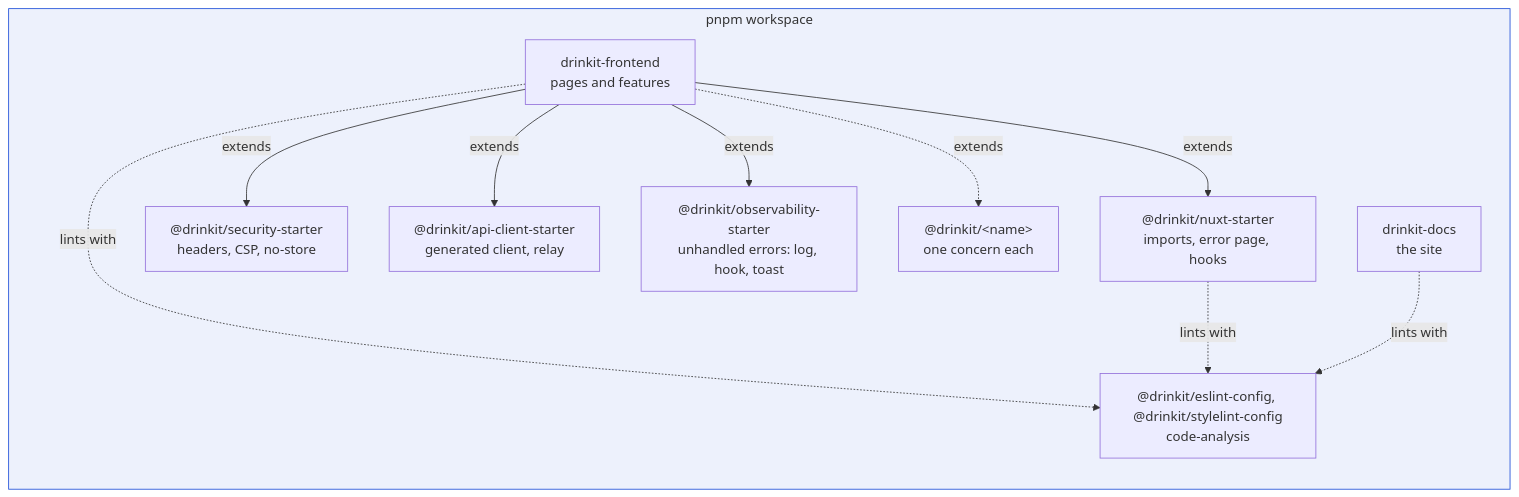
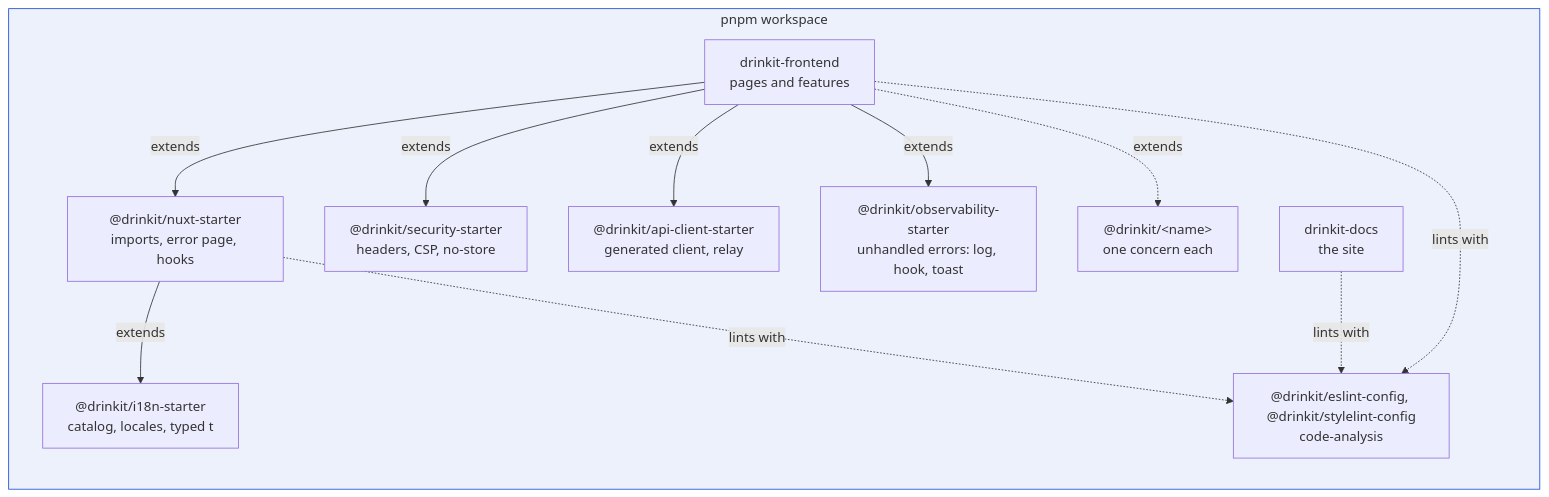
One commit to mboisnard/drinkit changed the first of 5 diagrams in docs/content/en/1.engineering/2.architecture/7.frontend-architecture.md. Above: the diagram before and after it, drawn with Mermaid. The commit also changed other lines of this file and 3 other files, not shown here.

````diff
--- a/docs/content/en/1.engineering/2.architecture/7.frontend-architecture.md
+++ b/docs/content/en/1.engineering/2.architecture/7.frontend-architecture.md
@@ -19,22 +19,24 @@
 ```mermaid
 flowchart LR
   subgraph workspace["pnpm workspace"]
     app["drinkit-frontend<br/>pages and features"]
     nuxt["@drinkit/nuxt-starter<br/>imports, error page, hooks"]
+    i18n["@drinkit/i18n-starter<br/>catalog, locales, typed t"]
     security["@drinkit/security-starter<br/>headers, CSP, no-store"]
     api["@drinkit/api-client-starter<br/>generated client, relay"]
     obs["@drinkit/observability-starter<br/>unhandled errors: log, hook, toast"]
     other["@drinkit/&lt;name&gt;<br/>one concern each"]
     docs["drinkit-docs<br/>the site"]
     lint["@drinkit/eslint-config, @drinkit/stylelint-config<br/>code-analysis"]
   end
   app -- "extends" --> nuxt
+  nuxt -- "extends" --> i18n
   app -- "extends" --> security
   app -- "extends" --> api
   app -- "extends" --> obs
   app -. "extends" .-> other
   app -. "lints with" .-> lint
   nuxt -. "lints with" .-> lint
   docs -. "lints with" .-> lint
   style workspace fill:#1d4ed814,stroke:#1d4ed8
 ```
````
